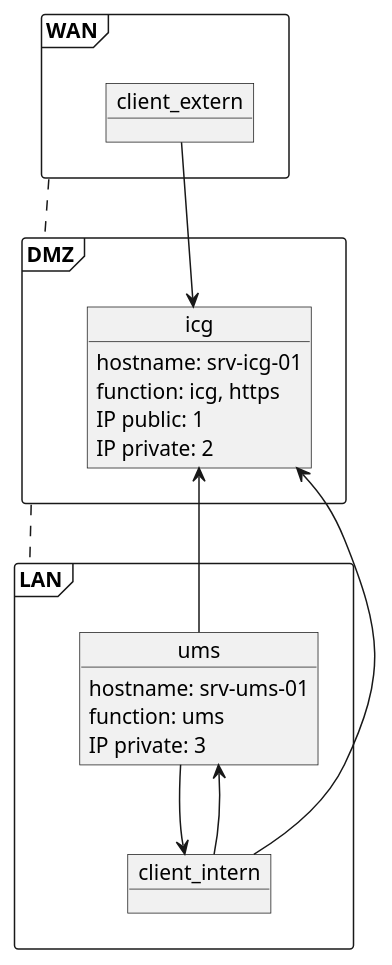
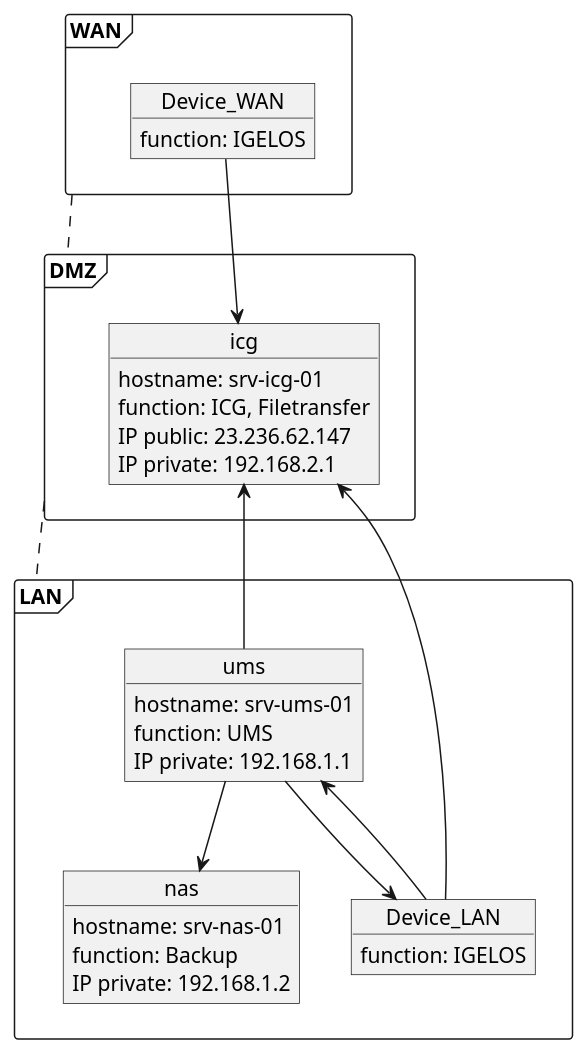
Before and after one commit to falkheiland/IGEL-Ansible: the diagram in docs/IGEL-Ansible.wsd, drawn with PlantUML. The commit also changed 1 other file, not shown here.

Commit message:
updated diagram

```diff
--- a/docs/IGEL-Ansible.wsd
+++ b/docs/IGEL-Ansible.wsd
@@ -1,44 +1,53 @@
 @startuml name IGEL-Ansible
 
 frame DMZ {
 
   object icg {
     hostname: srv-icg-01
-    function: icg, https
-    IP public: 1
-    IP private: 2
+    function: ICG, Filetransfer
+    IP public: 23.236.62.147
+    IP private: 192.168.2.1
   }
 
 }
 
 frame LAN {
 
   object ums {
     hostname: srv-ums-01
-    function: ums
-    IP private: 3
+    function: UMS
+    IP private: 192.168.1.1
   }
 
-  object client_intern {
+  object nas {
+    hostname: srv-nas-01
+    function: Backup
+    IP private: 192.168.1.2
+  }
+
+  object Device_LAN {
+    function: IGELOS
   }
 
 }
 
 frame WAN {
 
-object client_extern {
+object Device_WAN {
+  function: IGELOS
 }
 
 }
 
 
 WAN .down. DMZ
 DMZ .down. LAN
 
 ums -up-> icg
-ums -down-> client_intern
-client_intern -up-> ums
-client_intern -up-> icg
-client_extern -down-> icg
+ums -down-> nas
+ums -down-> Device_LAN
+Device_LAN -up-> ums
+Device_LAN -up-> icg
+Device_WAN -down-> icg
 
 @enduml
```
